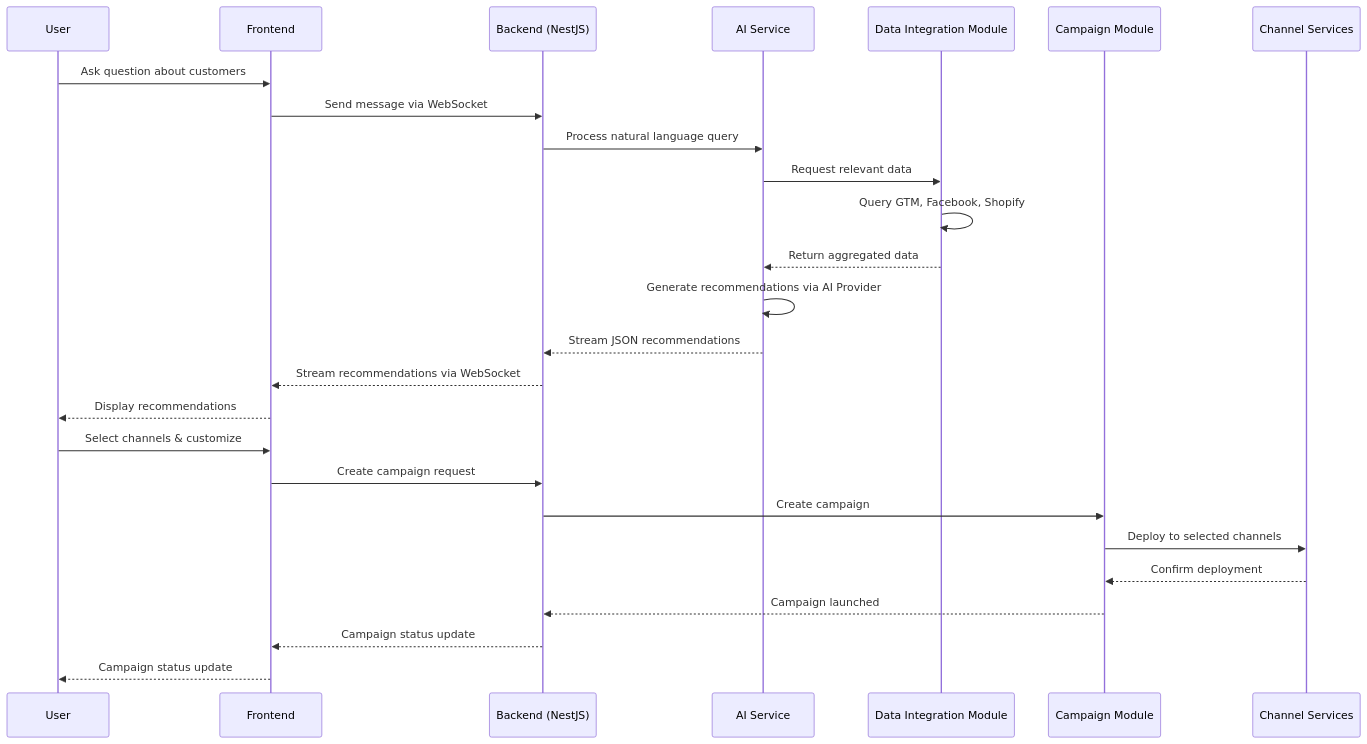
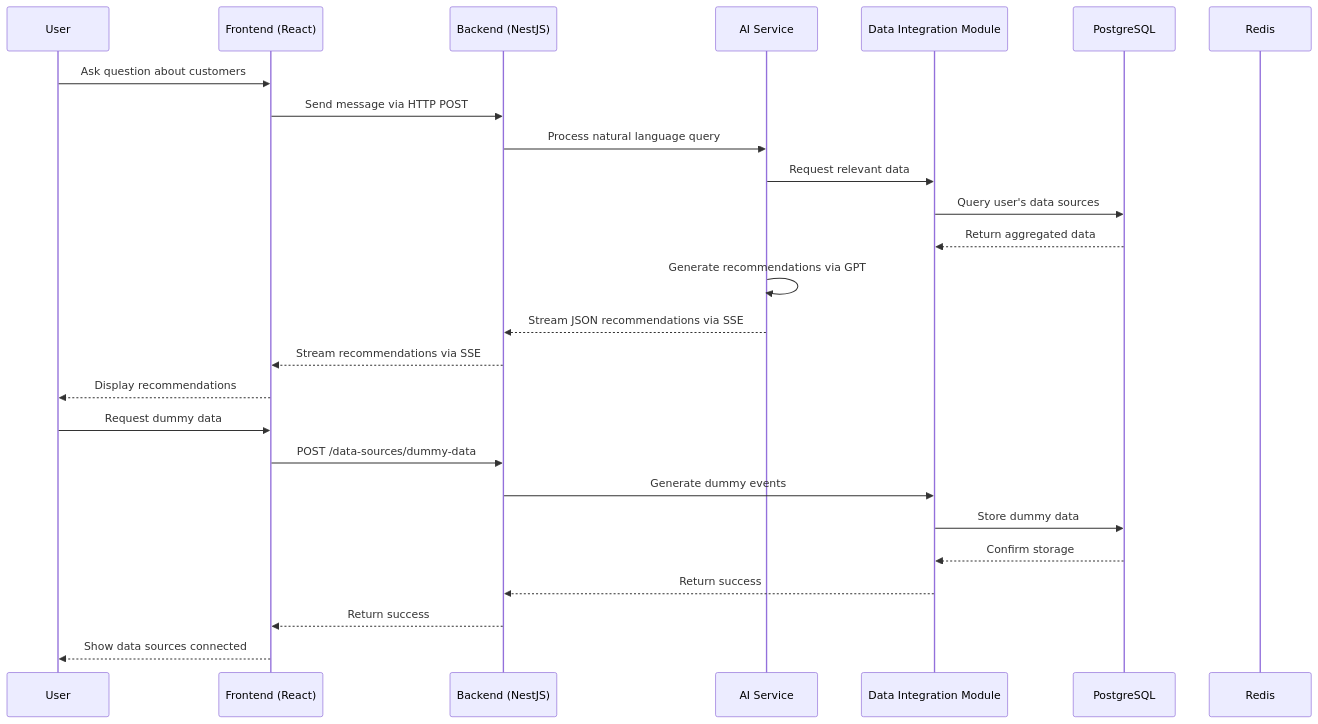
One commit to sakibrahmanchy/markopolo-ai-fullstack-challenge changed the second of 8 diagrams in docs/system-design.md. Above: the diagram before and after it, drawn with Mermaid. The commit also changed other lines of this file and 18 other files, not shown here.

````diff
--- a/docs/system-design.md
+++ b/docs/system-design.md
@@ -94,29 +98,29 @@
 ```mermaid
 sequenceDiagram
     participant U as User
-    participant F as Frontend
+    participant F as Frontend (React)
     participant B as Backend (NestJS)
     participant AI as AI Service
     participant DI as Data Integration Module
-    participant CM as Campaign Module
-    participant CH as Channel Services
+    participant DB as PostgreSQL
+    participant R as Redis
     
     U->>F: Ask question about customers
-    F->>B: Send message via WebSocket
+    F->>B: Send message via HTTP POST
     B->>AI: Process natural language query
     AI->>DI: Request relevant data
-    DI->>DI: Query GTM, Facebook, Shopify
-    DI-->>AI: Return aggregated data
-    AI->>AI: Generate recommendations via AI Provider
-    AI-->>B: Stream JSON recommendations
-    B-->>F: Stream recommendations via WebSocket
+    DI->>DB: Query user's data sources
+    DB-->>DI: Return aggregated data
+    AI->>AI: Generate recommendations via GPT
+    AI-->>B: Stream JSON recommendations via SSE
+    B-->>F: Stream recommendations via SSE
     F-->>U: Display recommendations
-    U->>F: Select channels & customize
-    F->>B: Create campaign request
-    B->>CM: Create campaign
-    CM->>CH: Deploy to selected channels
-    CH-->>CM: Confirm deployment
-    CM-->>B: Campaign launched
-    B-->>F: Campaign status update
-    F-->>U: Campaign status update
+    U->>F: Request dummy data
+    F->>B: POST /data-sources/dummy-data
+    B->>DI: Generate dummy events
+    DI->>DB: Store dummy data
+    DB-->>DI: Confirm storage
+    DI-->>B: Return success
+    B-->>F: Return success
+    F-->>U: Show data sources connected
 ```
````
